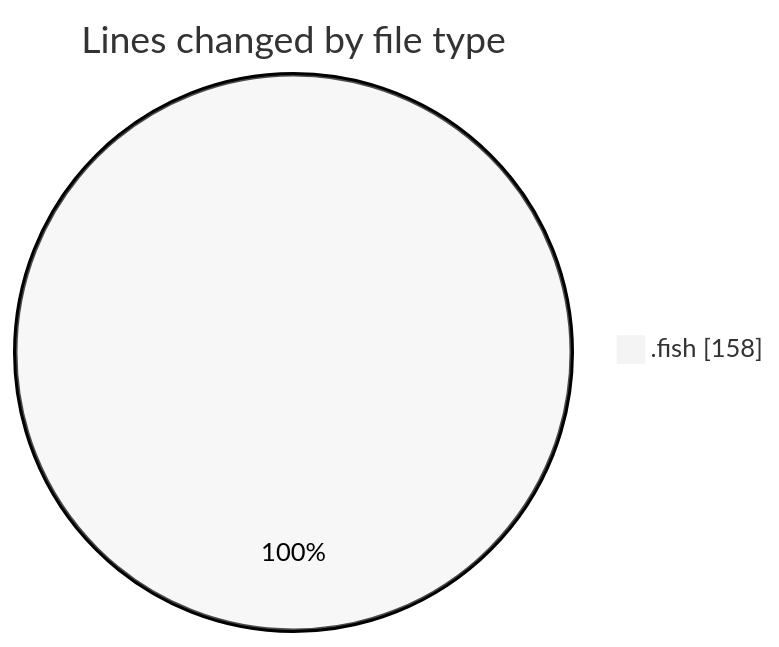
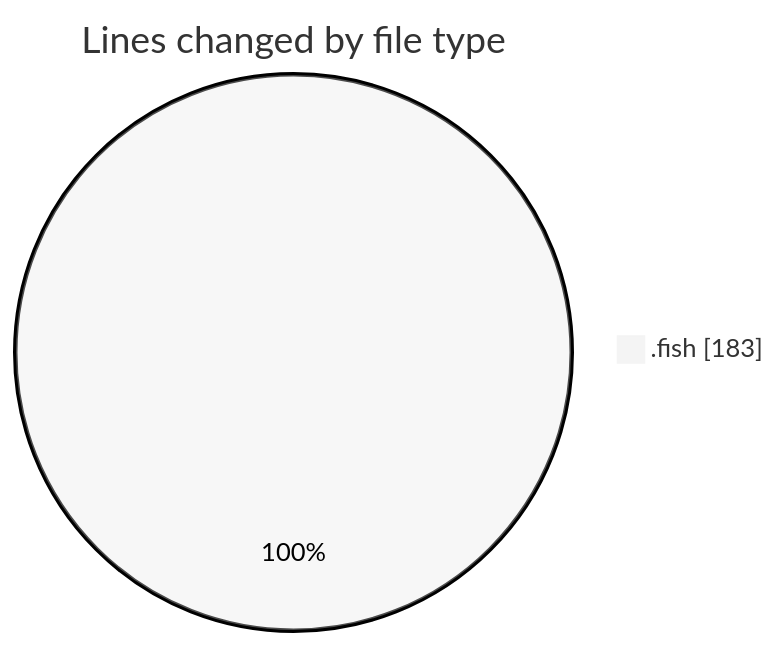
One commit to EIIisD/code-tracking changed the first of 2 diagrams in 2025-07-27/fish/README.md. Above: the diagram before and after it, drawn with Mermaid (neutral theme). The commit also changed other lines of this file and 1 other file, not shown here.

````diff
--- a/2025-07-27/fish/README.md
+++ b/2025-07-27/fish/README.md
@@ -21,5 +21,5 @@
 ```mermaid
 pie showData
 title Lines changed by file type
-".fish" : 158
+".fish" : 183
 ```
````
